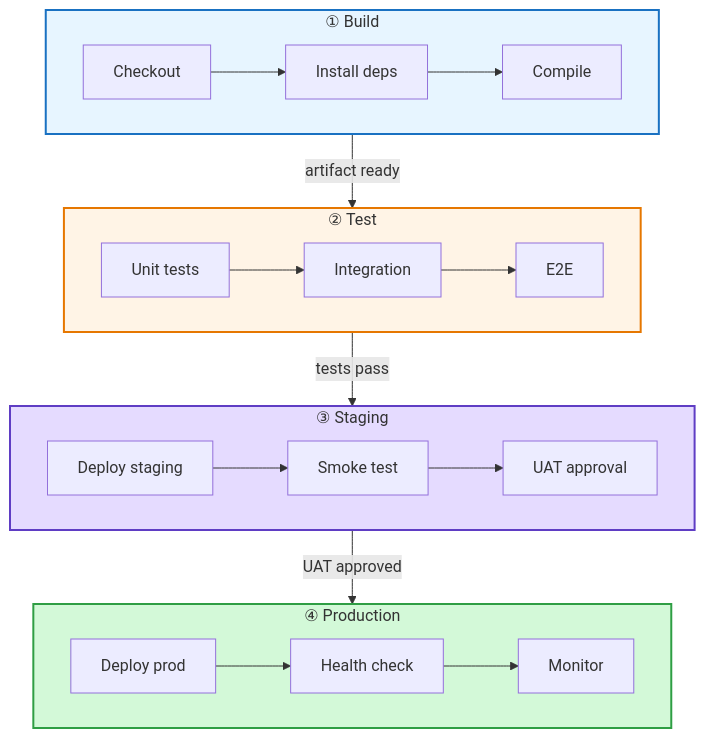
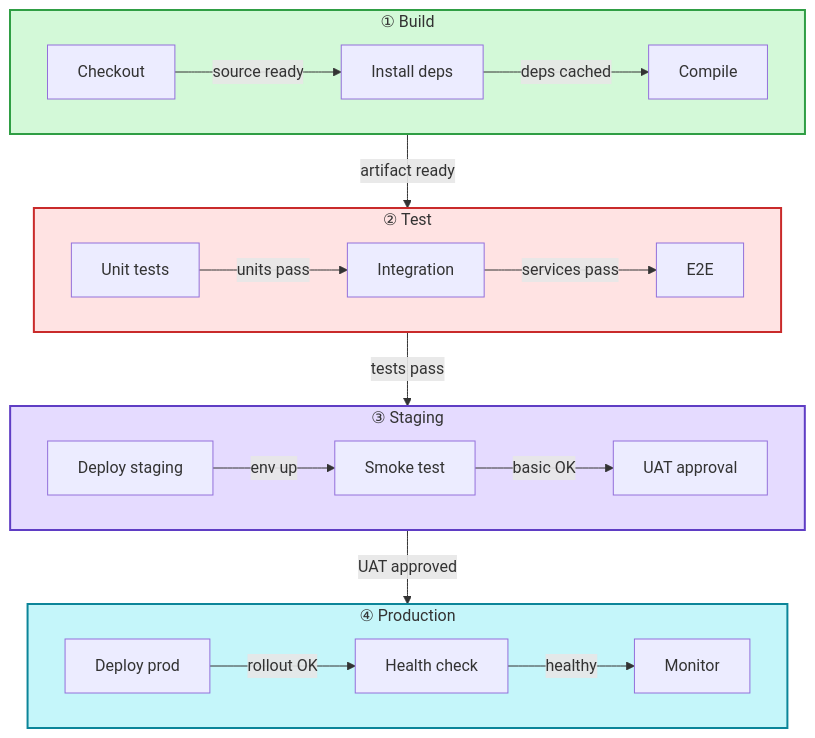
Diagram 15 of 15 in obsidian/skills/obsidian-mermaid-visualizer/flow/flowchart.md (kouko/monkey-skills), drawn with Mermaid before and after one commit. The commit also changed other lines of this file, not shown here.

First paragraph of the commit message:
docs(obsidian-mermaid-visualizer): realign Example 7/8 colors to professional palette + add internal arrow labels + fix prose language (PR #107 update)
Three user-requested refinements batched into one commit.

````diff
--- a/obsidian/skills/obsidian-mermaid-visualizer/flow/flowchart.md
+++ b/obsidian/skills/obsidian-mermaid-visualizer/flow/flowchart.md
@@ -337,31 +337,35 @@
 ```mermaid
 graph TB
     subgraph build["① Build"]
         direction LR
-        B1["Checkout"] --> B2["Install deps"] --> B3["Compile"]
+        B1["Checkout"] -->|"source ready"| B2["Install deps"]
+        B2 -->|"deps cached"| B3["Compile"]
     end
 
     subgraph test["② Test"]
         direction LR
-        T1["Unit tests"] --> T2["Integration"] --> T3["E2E"]
+        T1["Unit tests"] -->|"units pass"| T2["Integration"]
+        T2 -->|"services pass"| T3["E2E"]
     end
 
     subgraph staging["③ Staging"]
         direction LR
-        S1["Deploy staging"] --> S2["Smoke test"] --> S3["UAT approval"]
+        S1["Deploy staging"] -->|"env up"| S2["Smoke test"]
+        S2 -->|"basic OK"| S3["UAT approval"]
     end
 
     subgraph prod["④ Production"]
         direction LR
-        P1["Deploy prod"] --> P2["Health check"] --> P3["Monitor"]
+        P1["Deploy prod"] -->|"rollout OK"| P2["Health check"]
+        P2 -->|"healthy"| P3["Monitor"]
     end
 
     build -->|"artifact ready"| test
     test -->|"tests pass"| staging
     staging -->|"UAT approved"| prod
 
-    style build fill:#e7f5ff,stroke:#1971c2,stroke-width:2px
-    style test fill:#fff4e6,stroke:#e67700,stroke-width:2px
+    style build fill:#d3f9d8,stroke:#2f9e44,stroke-width:2px
+    style test fill:#ffe3e3,stroke:#c92a2a,stroke-width:2px
     style staging fill:#e5dbff,stroke:#5f3dc4,stroke-width:2px
-    style prod fill:#d3f9d8,stroke:#2f9e44,stroke-width:2px
+    style prod fill:#c5f6fa,stroke:#0c8599,stroke-width:2px
 ```
````
